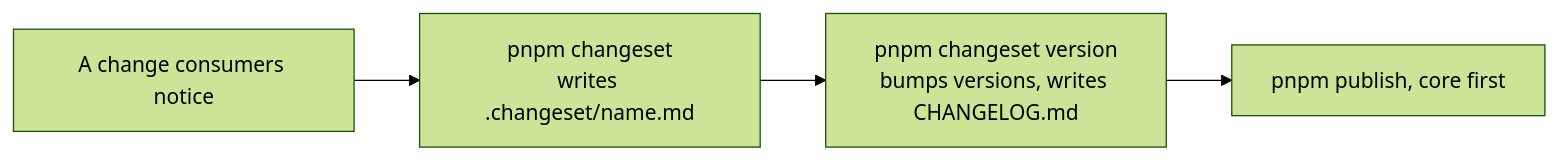
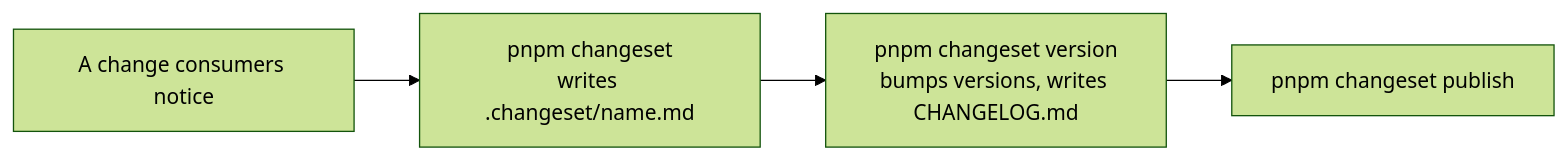
Before and after one commit to promptfolios/promptfolio: the diagram in docs/learning/versioning-and-releases.md, drawn with Mermaid (forest theme). The commit also changed 3 other files, not shown here.

````diff
--- a/docs/learning/versioning-and-releases.md
+++ b/docs/learning/versioning-and-releases.md
@@ -17,6 +17,6 @@
 ```mermaid
 flowchart LR
     change["A change consumers notice"] --> add["pnpm changeset<br/>writes .changeset/name.md"]
     add --> version["pnpm changeset version<br/>bumps versions, writes CHANGELOG.md"]
-    version --> publish["pnpm publish, core first"]
+    version --> publish["pnpm changeset publish"]
 ```
````
